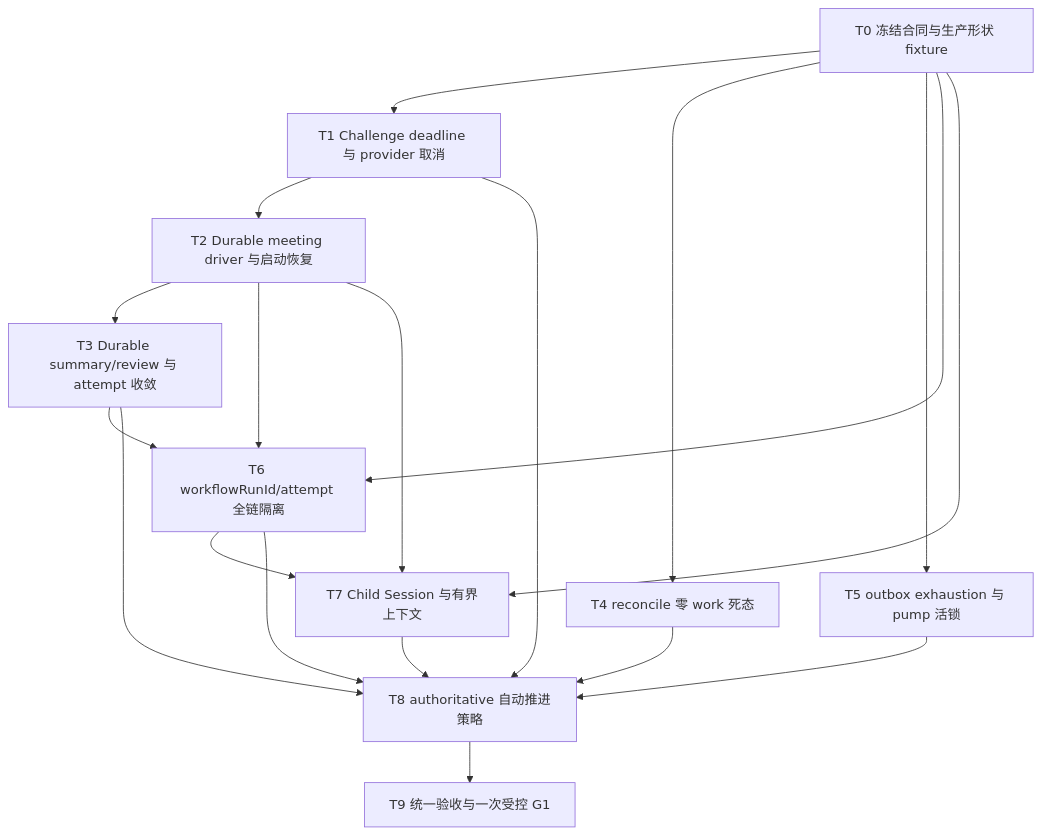
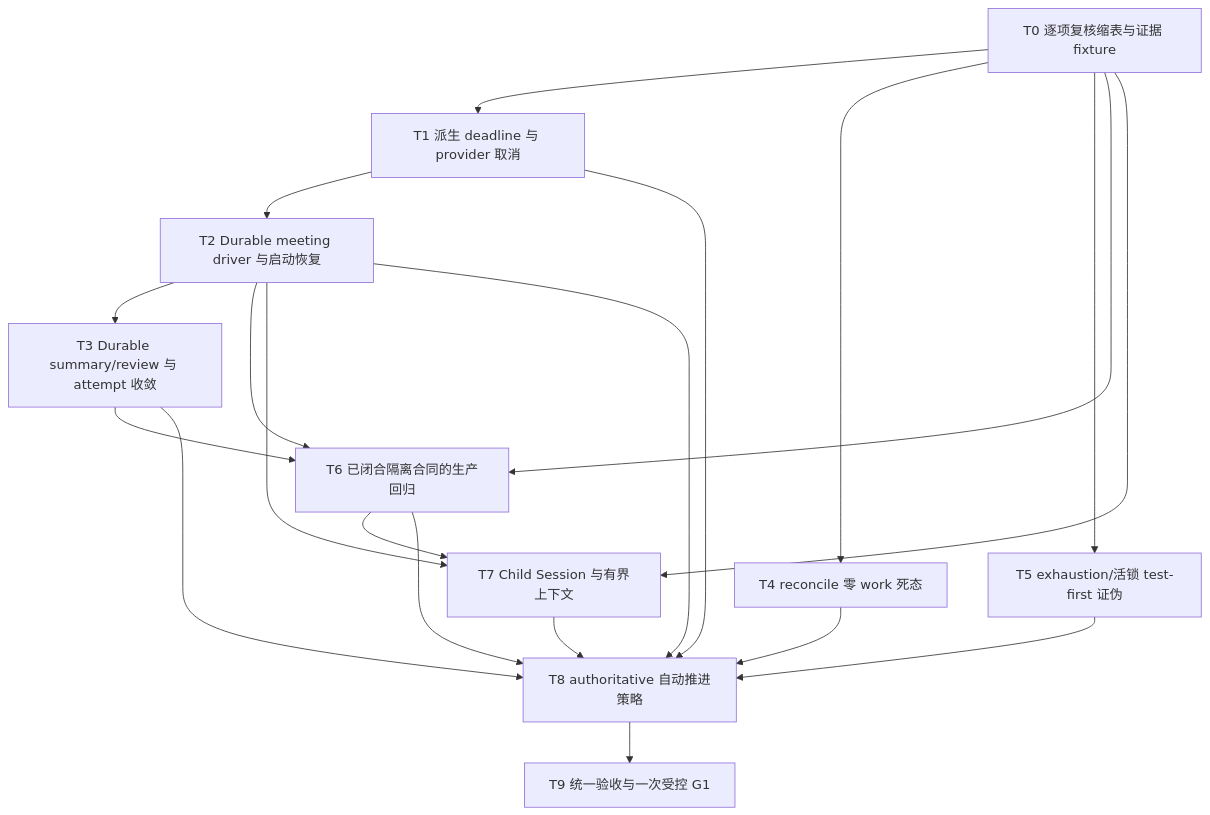
One commit to CCDawn/Vibelution changed the diagram in docs/plans/2026-08-30-challenge-cup-automatic-chain-reliability-plan.md. Above: the diagram before and after it, drawn with Mermaid. The commit also changed other lines of this file, not shown here.

Commit message:
docs(challenge): refresh chain reliability evidence plan

````diff
--- a/docs/plans/2026-08-30-challenge-cup-automatic-chain-reliability-plan.md
+++ b/docs/plans/2026-08-30-challenge-cup-automatic-chain-reliability-plan.md
@@ -191,31 +226,32 @@
 ```mermaid
 flowchart TD
-  T0["T0 冻结合同与生产形状 fixture"]
-  T1["T1 Challenge deadline 与 provider 取消"]
+  T0["T0 逐项复核缩表与证据 fixture"]
+  T1["T1 派生 deadline 与 provider 取消"]
   T2["T2 Durable meeting driver 与启动恢复"]
   T3["T3 Durable summary/review 与 attempt 收敛"]
   T4["T4 reconcile 零 work 死态"]
-  T5["T5 outbox exhaustion 与 pump 活锁"]
-  T6["T6 workflowRunId/attempt 全链隔离"]
+  T5["T5 exhaustion/活锁 test-first 证伪"]
+  T6["T6 已闭合隔离合同的生产回归"]
   T7["T7 Child Session 与有界上下文"]
   T8["T8 authoritative 自动推进策略"]
   T9["T9 统一验收与一次受控 G1"]
   T0 --> T1
   T0 --> T4
   T0 --> T5
   T1 --> T2
   T2 --> T3
   T0 --> T6
   T2 --> T6
   T3 --> T6
   T0 --> T7
   T2 --> T7
   T6 --> T7
   T1 --> T8
+  T2 --> T8
   T3 --> T8
   T4 --> T8
   T5 --> T8
   T6 --> T8
   T7 --> T8
   T8 --> T9
 ```
````
